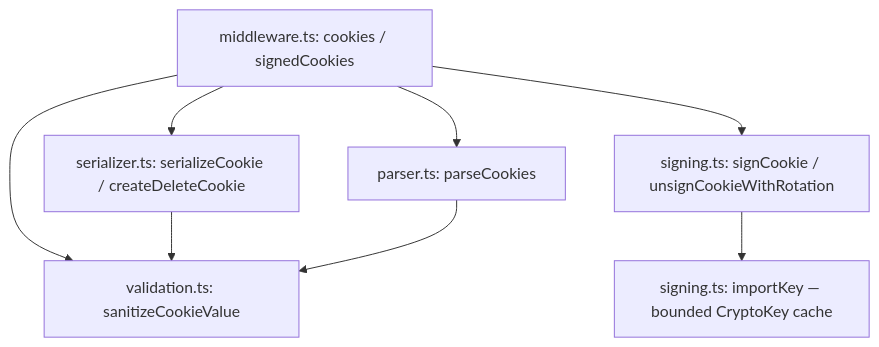
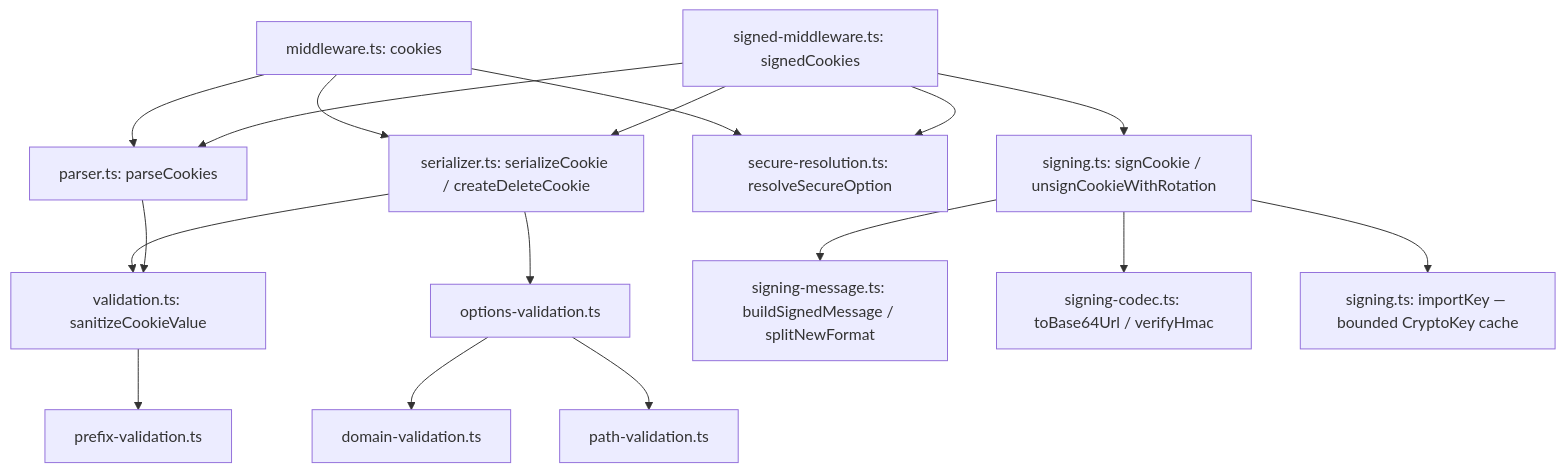
Before and after one commit to 0xTanzim/nextRush: the second of 4 diagrams in packages/middleware/cookies/ARCHITECTURE.md, drawn with Mermaid. The commit also changed other lines of this file and 32 other files, not shown here.

First line of the commit message:
fix(cookies): name-bound signing, secure:'auto' default, publicSuffixList (SEC-07/08/18)

````diff
--- a/packages/middleware/cookies/ARCHITECTURE.md
+++ b/packages/middleware/cookies/ARCHITECTURE.md
@@ -127,10 +148,19 @@
 ```mermaid
 graph TD
-    Middleware[middleware.ts: cookies / signedCookies] --> Parser[parser.ts: parseCookies]
-    Middleware --> Serializer[serializer.ts: serializeCookie / createDeleteCookie]
-    Middleware --> Signing[signing.ts: signCookie / unsignCookieWithRotation]
-    Middleware --> Validation[validation.ts: sanitizeCookieValue]
-    Serializer --> Validation
+    MW1[middleware.ts: cookies] --> Parser[parser.ts: parseCookies]
+    MW1 --> Serializer[serializer.ts: serializeCookie / createDeleteCookie]
+    MW1 --> SecureRes[secure-resolution.ts: resolveSecureOption]
+    MW2[signed-middleware.ts: signedCookies] --> Parser
+    MW2 --> Serializer
+    MW2 --> SecureRes
+    MW2 --> Signing[signing.ts: signCookie / unsignCookieWithRotation]
+    Serializer --> OptionsVal[options-validation.ts]
+    Serializer --> Validation[validation.ts: sanitizeCookieValue]
+    OptionsVal --> DomainVal[domain-validation.ts]
+    OptionsVal --> PathVal[path-validation.ts]
+    Validation --> PrefixVal[prefix-validation.ts]
     Parser --> Validation
+    Signing --> SigningMsg[signing-message.ts: buildSignedMessage / splitNewFormat]
+    Signing --> SigningCodec[signing-codec.ts: toBase64Url / verifyHmac]
     Signing --> KeyCache[signing.ts: importKey — bounded CryptoKey cache]
 ```
````
